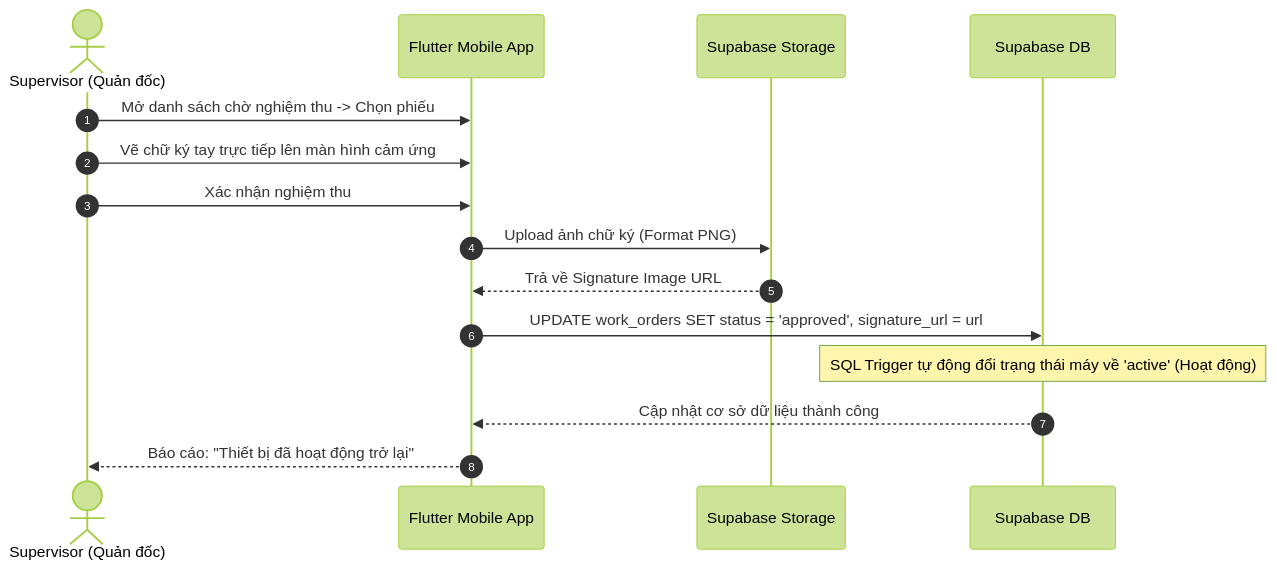
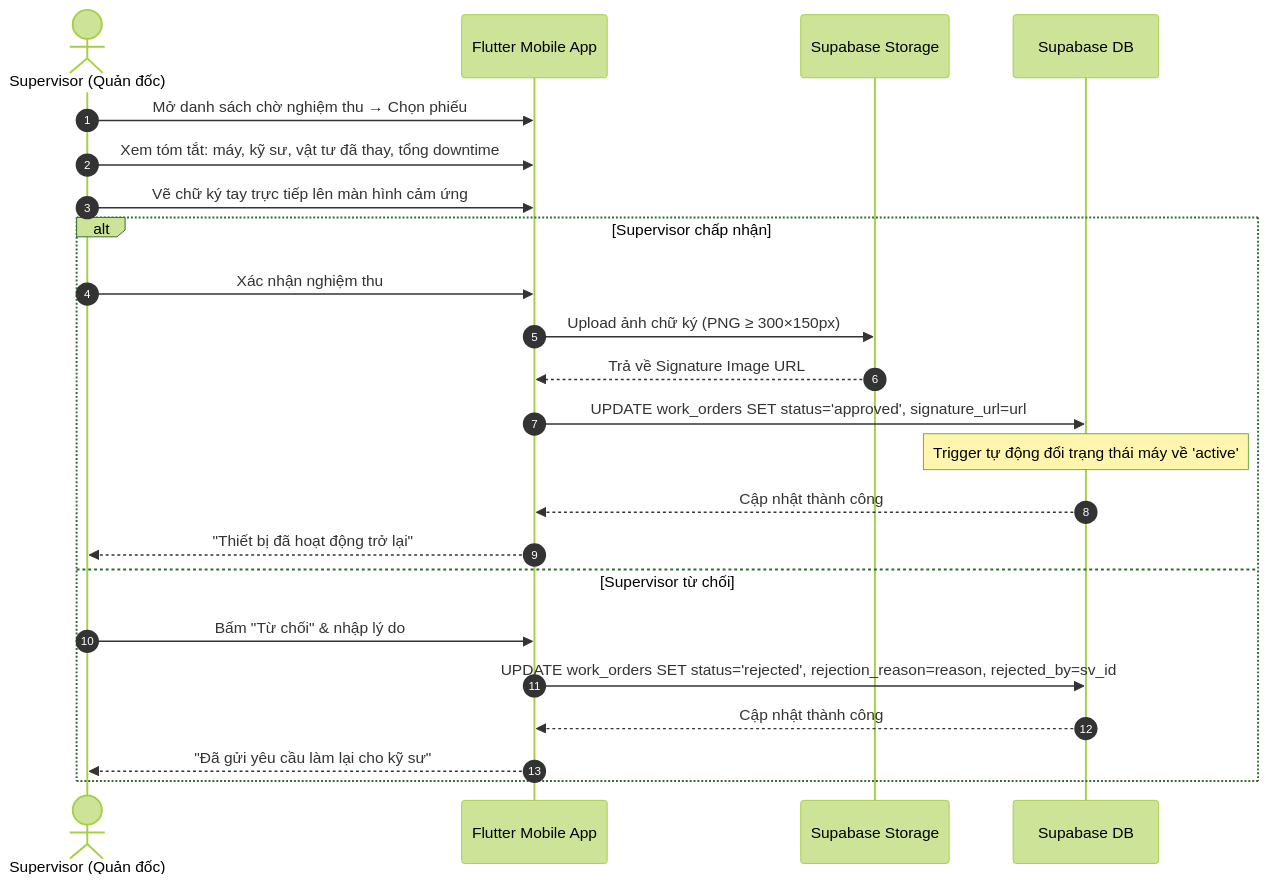
Before and after one commit to pvduy23052005/cse441-mobile-asset-track: the seventh of 11 diagrams in system_design.md, drawn with Mermaid (forest theme). The commit also changed other lines of this file and 1 other file, not shown here.

````diff
--- a/system_design.md
+++ b/system_design.md
@@ -176,18 +219,26 @@
 ```mermaid
 sequenceDiagram
     autonumber
     actor SV as Supervisor (Quản đốc)
     participant App as Flutter Mobile App
     participant Store as Supabase Storage
     participant DB as Supabase DB
 
-    SV->>App: Mở danh sách chờ nghiệm thu -> Chọn phiếu
+    SV->>App: Mở danh sách chờ nghiệm thu → Chọn phiếu
+    SV->>App: Xem tóm tắt: máy, kỹ sư, vật tư đã thay, tổng downtime
     SV->>App: Vẽ chữ ký tay trực tiếp lên màn hình cảm ứng
-    SV->>App: Xác nhận nghiệm thu
-    App->>Store: Upload ảnh chữ ký (Format PNG)
-    Store-->>App: Trả về Signature Image URL
-    App->>DB: UPDATE work_orders SET status = 'approved', signature_url = url
-    Note over DB: SQL Trigger tự động đổi trạng thái máy về 'active' (Hoạt động)
-    DB-->>App: Cập nhật cơ sở dữ liệu thành công
-    App-->>SV: Báo cáo: "Thiết bị đã hoạt động trở lại"
+    alt Supervisor chấp nhận
+        SV->>App: Xác nhận nghiệm thu
+        App->>Store: Upload ảnh chữ ký (PNG ≥ 300×150px)
+        Store-->>App: Trả về Signature Image URL
+        App->>DB: UPDATE work_orders SET status='approved', signature_url=url
+        Note over DB: Trigger tự động đổi trạng thái máy về 'active'
+        DB-->>App: Cập nhật thành công
+        App-->>SV: "Thiết bị đã hoạt động trở lại"
+    else Supervisor từ chối
+        SV->>App: Bấm "Từ chối" & nhập lý do
+        App->>DB: UPDATE work_orders SET status='rejected', rejection_reason=reason, rejected_by=sv_id
+        DB-->>App: Cập nhật thành công
+        App-->>SV: "Đã gửi yêu cầu làm lại cho kỹ sư"
+    end
 ```
````
